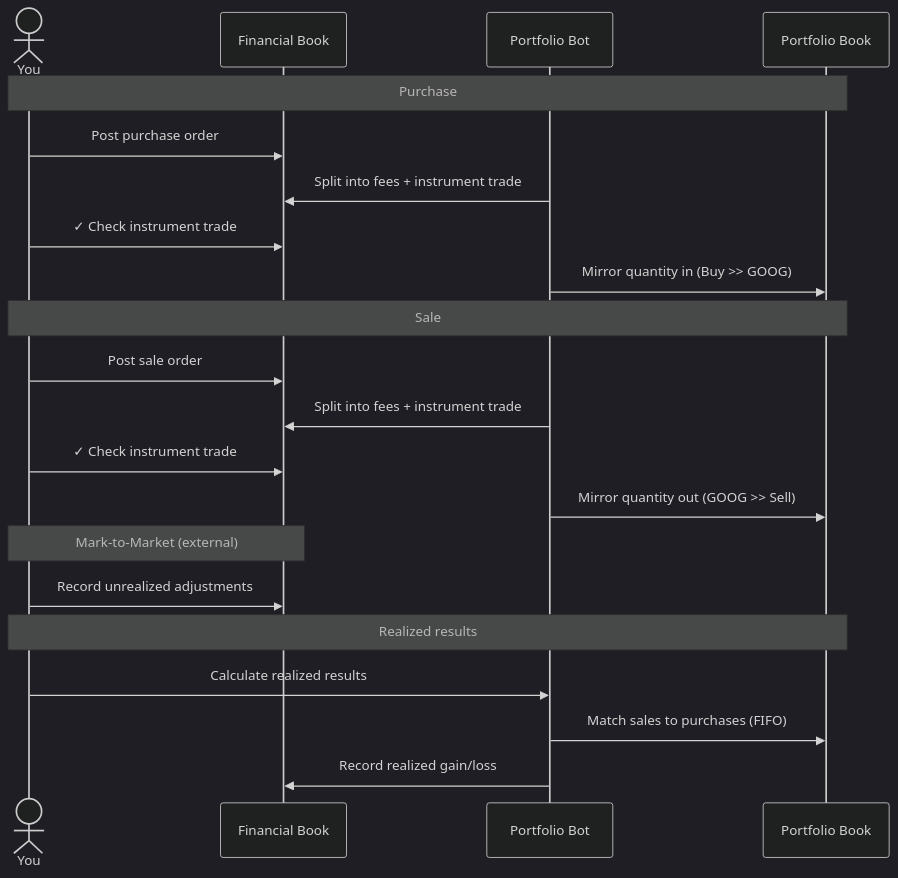
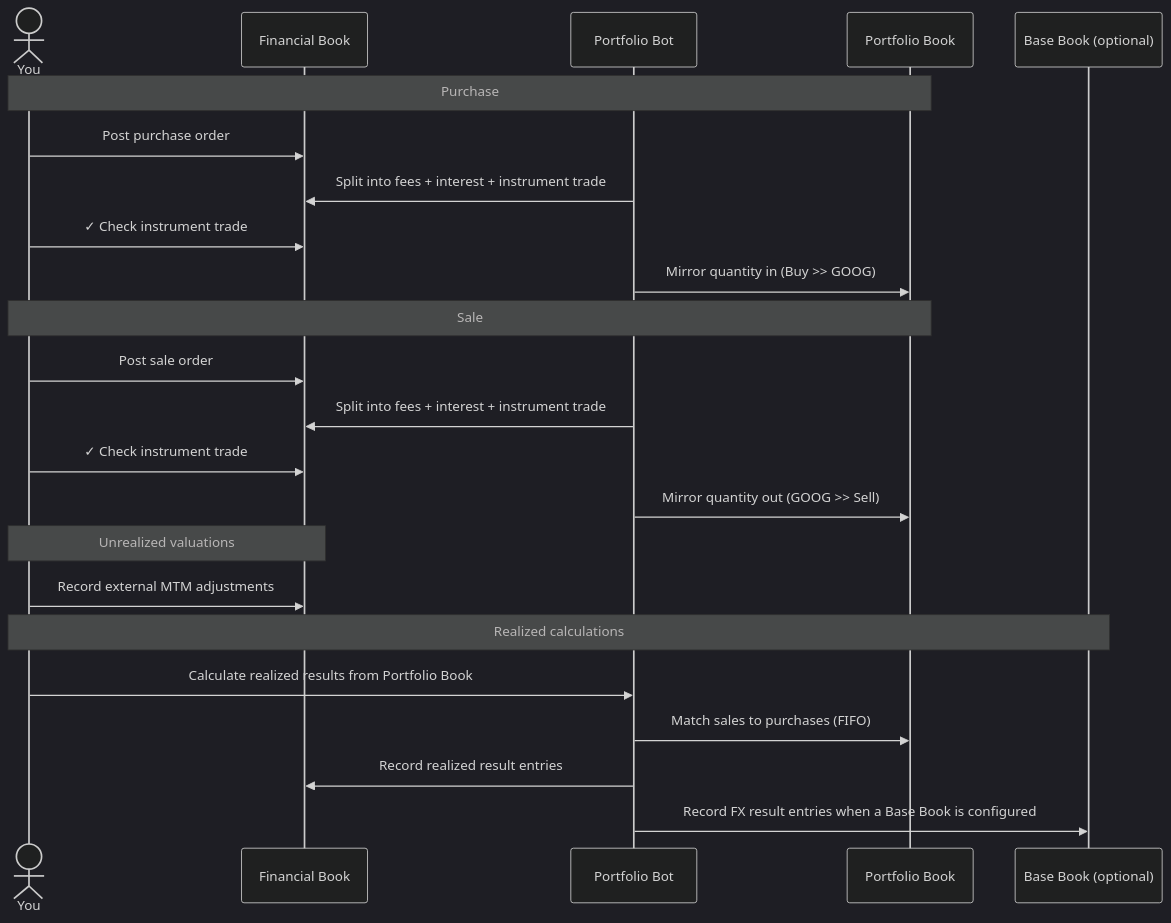
One commit to bkper/bkper-apps changed the second of 5 diagrams in portfolio-bot/README.md. Above: the diagram before and after it, drawn with Mermaid (dark theme). The commit also changed other lines of this file and 2 other files, not shown here.

Commit message:
docs: align portfolio bot docs and group delete handling

````diff
--- a/portfolio-bot/README.md
+++ b/portfolio-bot/README.md
@@ -46,27 +52,29 @@
 ```mermaid
 sequenceDiagram
     actor You
     participant FB as Financial Book
     participant Bot as Portfolio Bot
     participant PB as Portfolio Book
+    participant BB as Base Book (optional)
 
     Note over You,PB: Purchase
     You->>FB: Post purchase order
-    Bot->>FB: Split into fees + instrument trade
+    Bot->>FB: Split into fees + interest + instrument trade
     You->>FB: ✓ Check instrument trade
     Bot->>PB: Mirror quantity in (Buy >> GOOG)
 
     Note over You,PB: Sale
     You->>FB: Post sale order
-    Bot->>FB: Split into fees + instrument trade
+    Bot->>FB: Split into fees + interest + instrument trade
     You->>FB: ✓ Check instrument trade
     Bot->>PB: Mirror quantity out (GOOG >> Sell)
 
-    Note over You,FB: Mark-to-Market (external)
-    You->>FB: Record unrealized adjustments
+    Note over You,FB: Unrealized valuations
+    You->>FB: Record external MTM adjustments
 
-    Note over You,PB: Realized results
-    You->>Bot: Calculate realized results
+    Note over You,BB: Realized calculations
+    You->>Bot: Calculate realized results from Portfolio Book
     Bot->>PB: Match sales to purchases (FIFO)
-    Bot->>FB: Record realized gain/loss
+    Bot->>FB: Record realized result entries
+    Bot->>BB: Record FX result entries when a Base Book is configured
 ```
````
